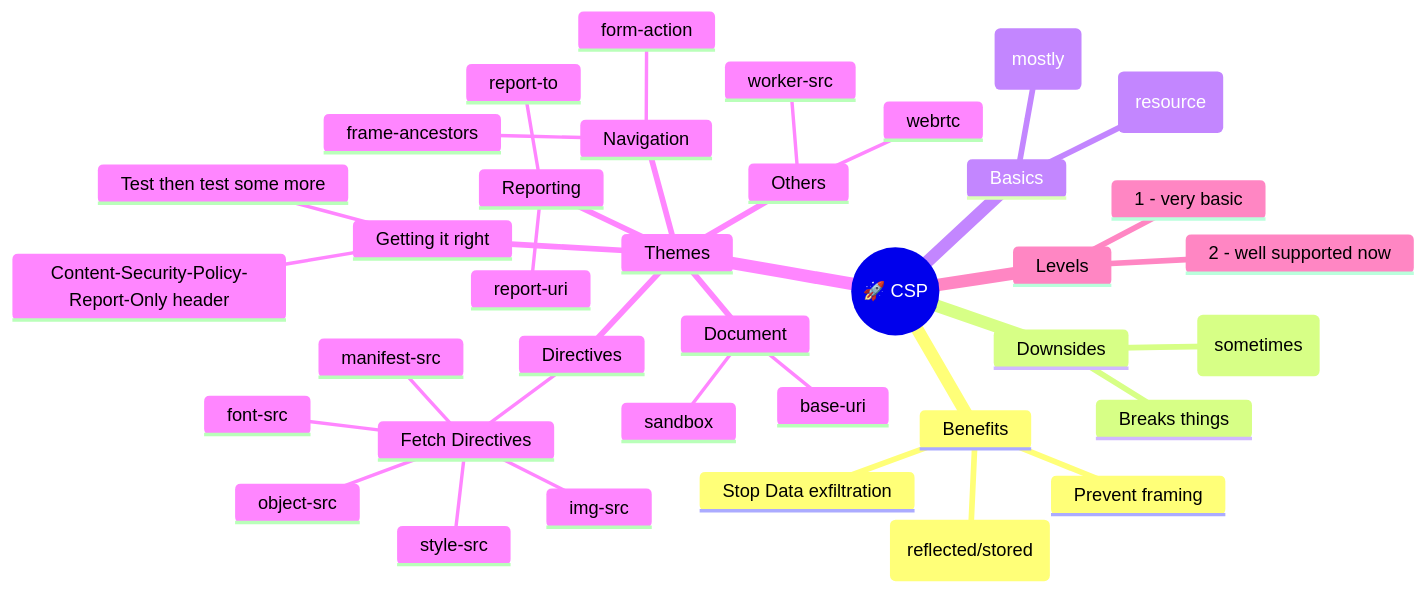
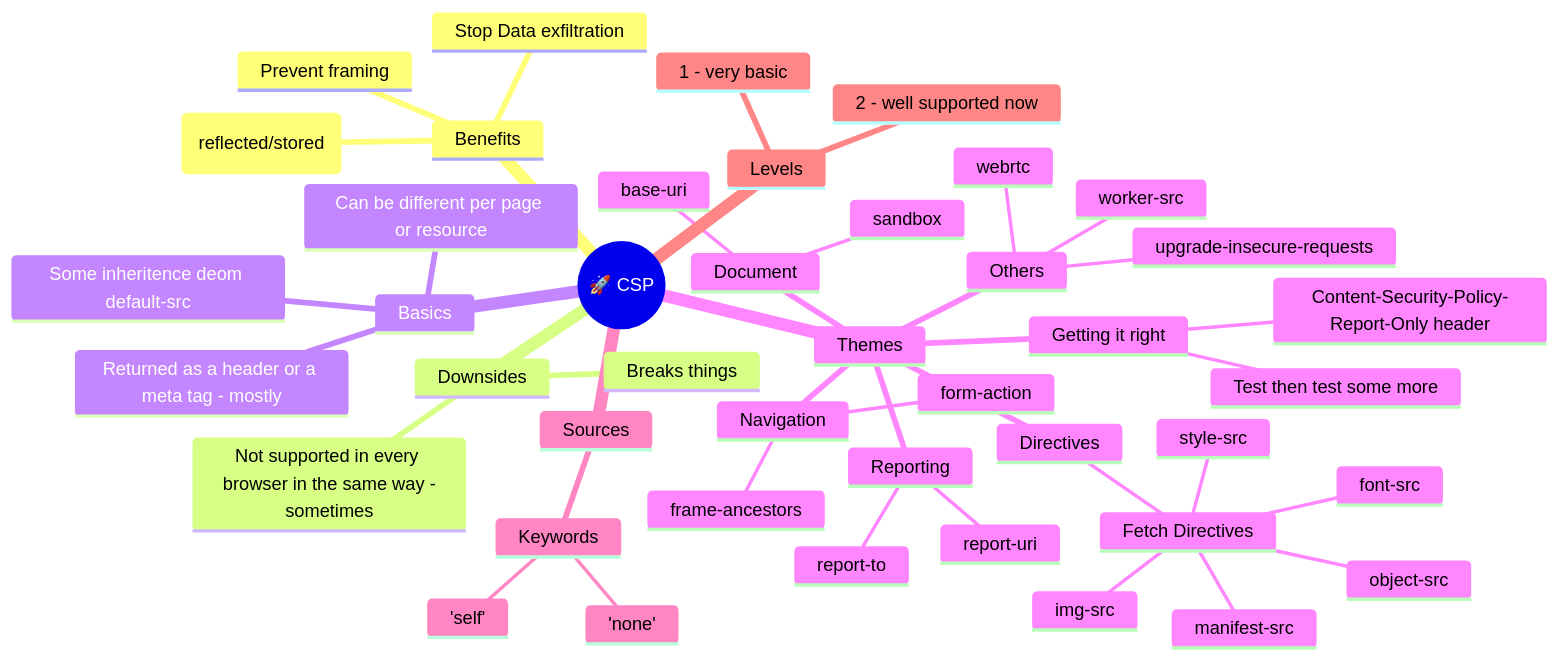
Before and after one commit to gitstua/Mindmaps: the diagram in csp.md, drawn with Mermaid.

Commit message:
Fix formatting and grammar issues in csp.md
Corrected formatting and grammar in csp.md.

````diff
--- a/csp.md
+++ b/csp.md
@@ -3,44 +3,48 @@
 ```mermaid
 mindmap
   root((🚀 CSP ))
     Benefits
       XSS (reflected/stored)
       Stop Data exfiltration
       Prevent framing
     Downsides
       Breaks things
-      Not supported in every browser in the same way (sometimes)
+      Not supported in every browser in the same way -sometimes
     Basics
-      Returned as a header or a meta tag (mostly)
-      Can be different per page (resource)
+      Returned as a header or a meta tag - mostly
+      Can be different per page or resource
+      Some inheritence deom default-src
     Themes
       Directives
         Fetch Directives
           manifest-src
           img-src
           font-src
           object-src
           style-src
       Navigation
         frame-ancestors
         form-action
       Reporting
         report-uri
         report-to
       Document
         sandbox
         base-uri
       Others
         worker-src
         webrtc
+        upgrade-insecure-requests
       Getting it right
         Content-Security-Policy-Report-Only header
         Test then test some more
-        
-        
-        
+    Sources
+      Keywords
+        'self'
+        'none'
     Levels
       1 - very basic
       2 - well supported now
+
         
 ```
````
